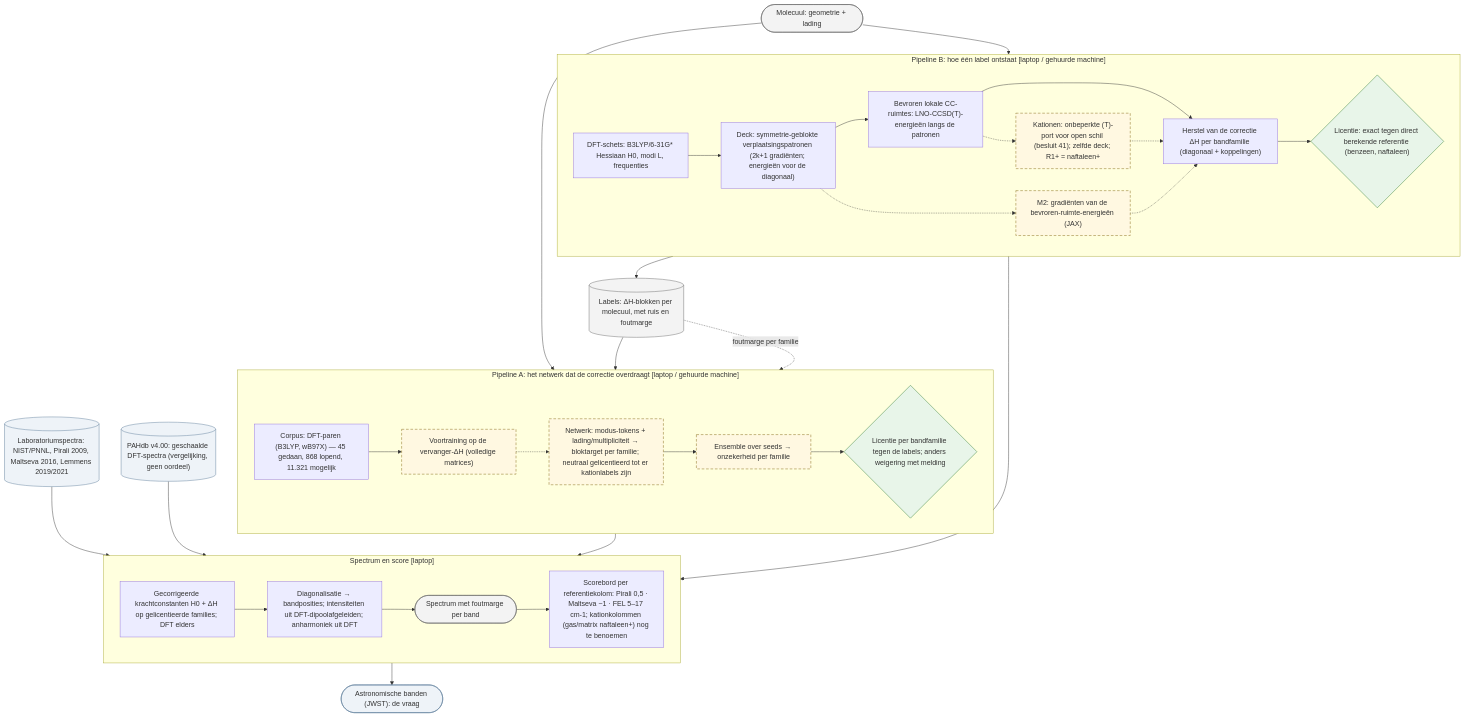
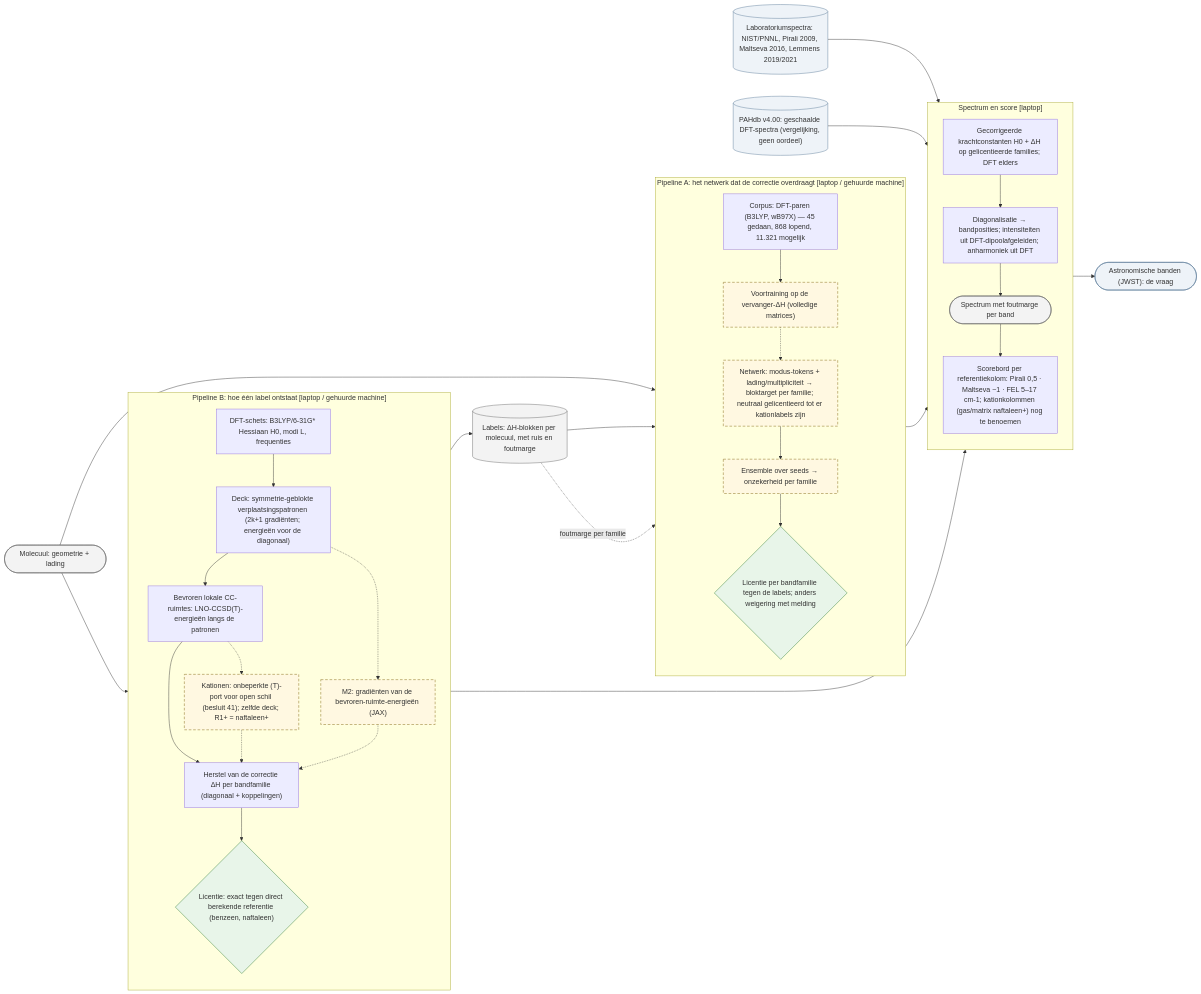
One commit to thebreadishard/udacity-capstone-plan changed the first of 5 diagrams in plans/05_delta-probed-ir-pipeline/GoalGathering/architecture/ARCHITECTURE.md. Above: the diagram before and after it, drawn with Mermaid. The commit also changed other lines of this file and 3 other files, not shown here.

Commit message:
Plan 05 architecture: all sheets left to right (the user's monitor); overview LR with the three pipelines as columns, pipeline B and A sheets LR like the spectrum sheet

````diff
--- a/plans/05_delta-probed-ir-pipeline/GoalGathering/architecture/ARCHITECTURE.md
+++ b/plans/05_delta-probed-ir-pipeline/GoalGathering/architecture/ARCHITECTURE.md
@@ -7,61 +7,61 @@
 ```mermaid
 %% Architectuur plan 05 — overzicht (niveau 2), stand 19 september 2026.
 %% Doorgetrokken = gemeten/bestaat; gestippeld = te bouwen. Stromen zijn data. Rekenplaats tussen haken.
-flowchart TB
+flowchart LR
   classDef planned stroke-dasharray: 6 4,stroke:#7a5c00,fill:#fff8e1
   classDef ext fill:#eef3f8,stroke:#5b7a99
   classDef data fill:#f3f3f3,stroke:#666
   classDef gate fill:#e8f5e9,stroke:#2e7d32
 
   MOL(["Molecuul: geometrie + lading"]):::data
 
   subgraph B["Pipeline B: hoe één label ontstaat  [laptop / gehuurde machine]"]
-    direction LR
+    direction TB
     DFT["DFT-schets: B3LYP/6-31G* Hessiaan H0, modi L, frequenties"]
     DECK["Deck: symmetrie-geblokte verplaatsingspatronen (2k+1 gradiënten; energieën voor de diagonaal)"]
     LNO["Bevroren lokale CC-ruimtes: LNO-CCSD(T)-energieën langs de patronen"]
     GRAD["M2: gradiënten van de bevroren-ruimte-energieën (JAX)"]:::planned
     CAT["Kationen: onbeperkte (T)-port voor open schil (besluit 41); zelfde deck; R1+ = naftaleen+"]:::planned
     REC["Herstel van de correctie ΔH per bandfamilie (diagonaal + koppelingen)"]
     LIC1{"Licentie: exact tegen direct berekende referentie (benzeen, naftaleen)"}:::gate
     DFT --> DECK --> LNO --> REC
     DECK -.-> GRAD -.-> REC
     LNO -.-> CAT -.-> REC
     REC --> LIC1
   end
 
   LABELS[("Labels: ΔH-blokken per molecuul, met ruis en foutmarge")]:::data
 
   subgraph A["Pipeline A: het netwerk dat de correctie overdraagt  [laptop / gehuurde machine]"]
-    direction LR
+    direction TB
     CORP["Corpus: DFT-paren (B3LYP, wB97X) — 45 gedaan, 868 lopend, 11.321 mogelijk"]
     PRE["Voortraining op de vervanger-ΔH (volledige matrices)"]:::planned
     NET["Netwerk: modus-tokens + lading/multipliciteit → bloktarget per familie; neutraal gelicentieerd tot er kationlabels zijn"]:::planned
     ENS["Ensemble over seeds → onzekerheid per familie"]:::planned
     LIC2{"Licentie per bandfamilie tegen de labels; anders weigering met melding"}:::gate
     CORP --> PRE -.-> NET --> ENS --> LIC2
   end
 
   subgraph S["Spectrum en score  [laptop]"]
-    direction LR
+    direction TB
     CORR["Gecorrigeerde krachtconstanten H0 + ΔH op gelicentieerde families; DFT elders"]
     DIAG["Diagonalisatie → bandposities; intensiteiten uit DFT-dipoolafgeleiden; anharmoniek uit DFT"]
     SPEC(["Spectrum met foutmarge per band"]):::data
     SCORE["Scorebord per referentiekolom: Pirali 0,5 · Maltseva ~1 · FEL 5–17 cm-1; kationkolommen (gas/matrix naftaleen+) nog te benoemen"]
     CORR --> DIAG --> SPEC --> SCORE
   end
 
   LAB[("Laboratoriumspectra: NIST/PNNL, Pirali 2009, Maltseva 2016, Lemmens 2019/2021")]:::ext
   PAHDB[("PAHdb v4.00: geschaalde DFT-spectra (vergelijking, geen oordeel)")]:::ext
   JWST(["Astronomische banden (JWST): de vraag"]):::ext
 
   MOL --> DFT
   MOL --> CORP
   LIC1 --> LABELS --> NET
   LABELS -. "foutmarge per familie" .-> LIC2
   LIC2 --> CORR
   DFT --> CORR
   LAB --> SCORE
   PAHDB --> SCORE
   SCORE --> JWST
 ```
````
